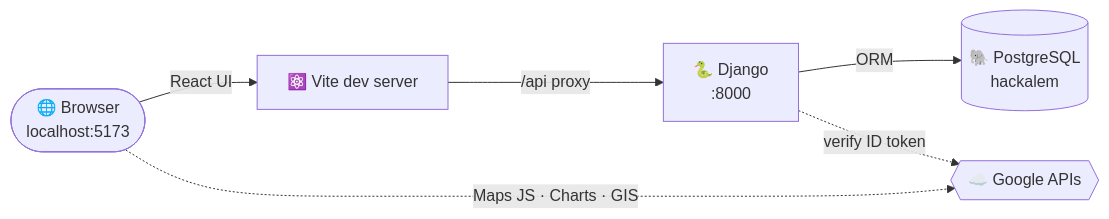
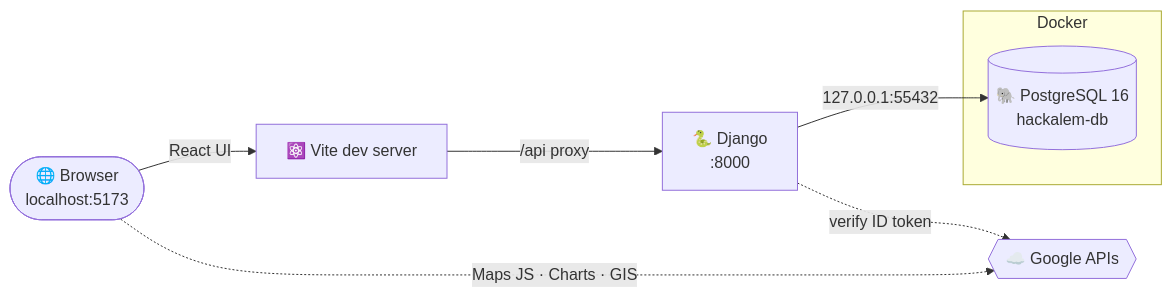
The diagram in README.md (BAITC-Hacks/hack-b53220ee-qbers), drawn with Mermaid before and after one commit. The commit also changed other lines of this file and 17 other files, not shown here.

````diff
--- a/README.md
+++ b/README.md
@@ -100,8 +161,11 @@
 ```mermaid
 flowchart LR
     B([🌐 Browser<br/>localhost:5173]) -->|React UI| V[⚛️ Vite dev server]
     V -->|/api proxy| D[🐍 Django<br/>:8000]
-    D -->|ORM| P[(🐘 PostgreSQL<br/>hackalem)]
+    D -->|127.0.0.1:55432| P
+    subgraph Docker
+      P[(🐘 PostgreSQL 16<br/>hackalem-db)]
+    end
     B -.->|Maps JS · Charts · GIS| G{{☁️ Google APIs}}
     D -.->|verify ID token| G
 ```
````
